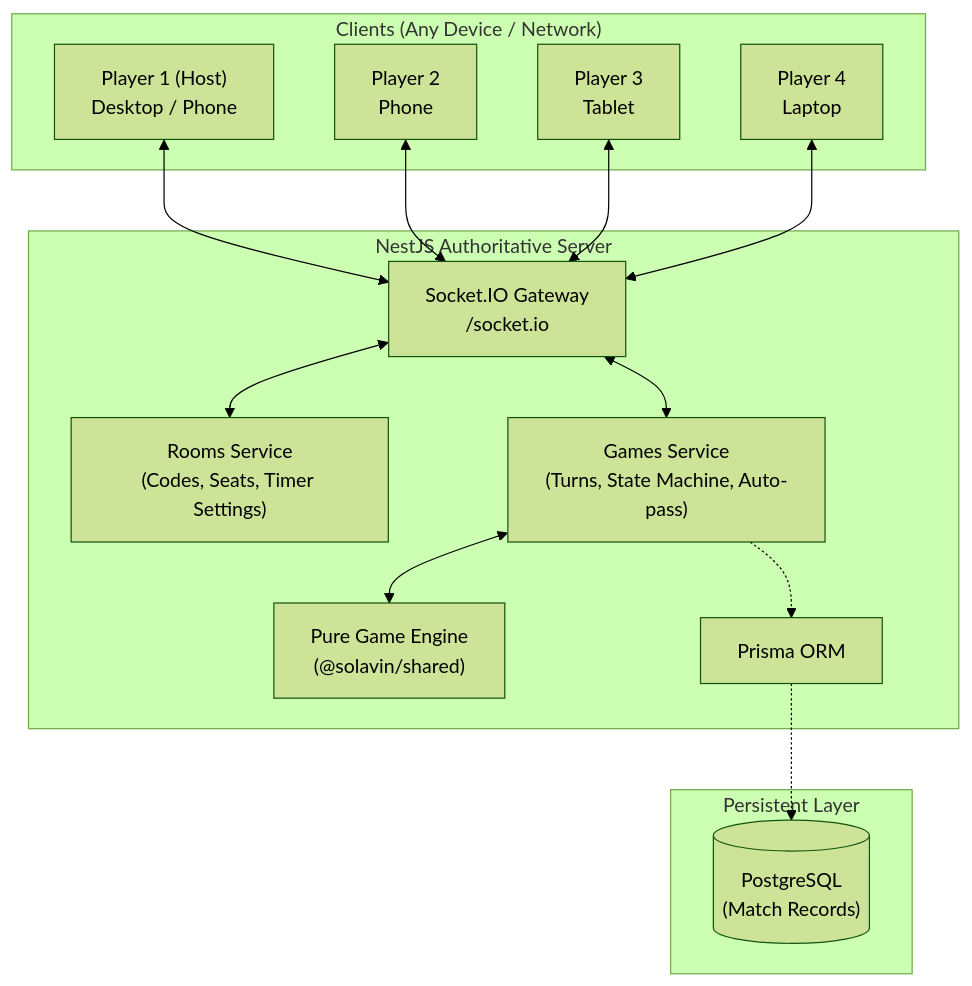
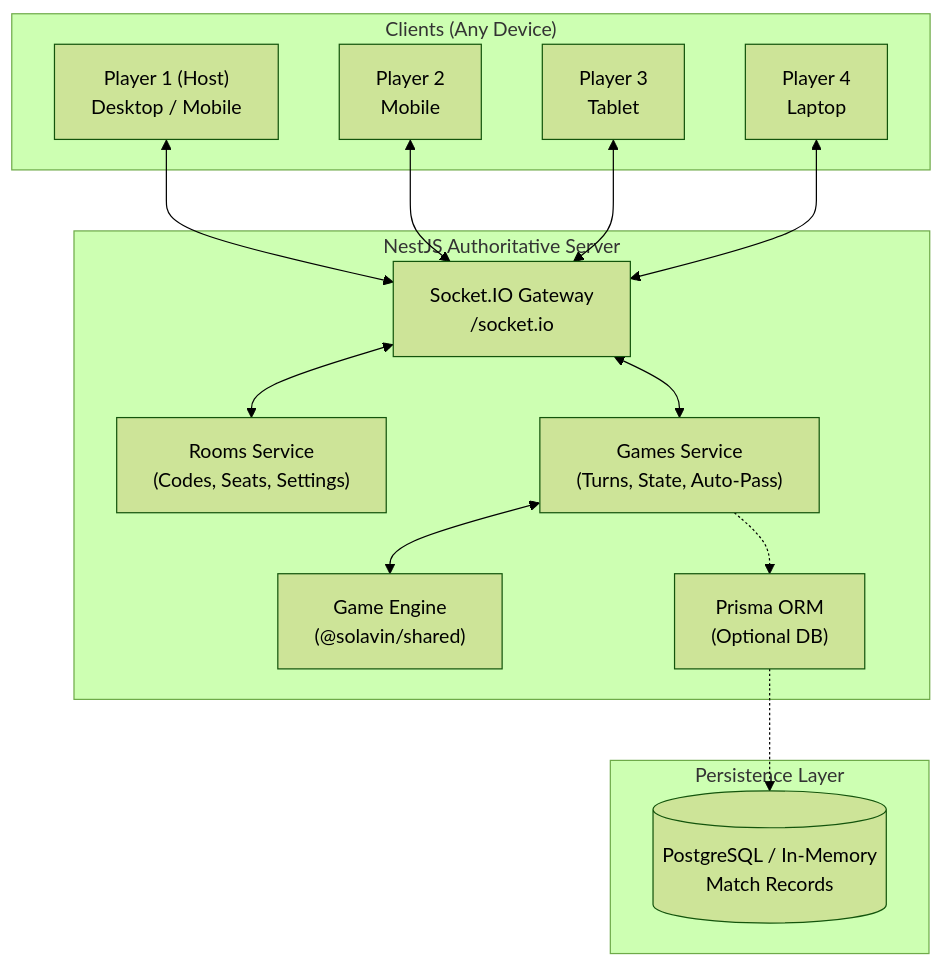
Before and after one commit to avnishahlawat/solavin: the second of 2 diagrams in README.md, drawn with Mermaid (forest theme). The commit also changed other lines of this file, not shown here.

Commit message:
docs: overhaul README with fixed Mermaid diagrams, Pro Mode rules, and theme guides

````diff
--- a/README.md
+++ b/README.md
@@ -61,32 +96,32 @@
 ```mermaid
-graph TB
-    subgraph Clients["Clients (Any Device / Network)"]
-        P1["Player 1 (Host)\nDesktop / Phone"]
-        P2["Player 2\nPhone"]
-        P3["Player 3\nTablet"]
-        P4["Player 4\nLaptop"]
+flowchart TD
+    subgraph Clients ["Clients (Any Device)"]
+        P1["Player 1 (Host)<br/>Desktop / Mobile"]
+        P2["Player 2<br/>Mobile"]
+        P3["Player 3<br/>Tablet"]
+        P4["Player 4<br/>Laptop"]
     end
 
-    subgraph Server["NestJS Authoritative Server"]
-        Gateway["Socket.IO Gateway\n/socket.io"]
-        RoomsSvc["Rooms Service\n(Codes, Seats, Timer Settings)"]
-        GamesSvc["Games Service\n(Turns, State Machine, Auto-pass)"]
-        Engine["Pure Game Engine\n(@solavin/shared)"]
-        Prisma["Prisma ORM"]
+    subgraph Server ["NestJS Authoritative Server"]
+        Gateway["Socket.IO Gateway<br/>/socket.io"]
+        RoomsSvc["Rooms Service<br/>(Codes, Seats, Settings)"]
+        GamesSvc["Games Service<br/>(Turns, State, Auto-Pass)"]
+        Engine["Game Engine<br/>(@solavin/shared)"]
+        Prisma["Prisma ORM<br/>(Optional DB)"]
     end
 
-    subgraph Storage["Persistent Layer"]
-        PG[("PostgreSQL\n(Match Records)")]
+    subgraph Storage ["Persistence Layer"]
+        PG[("PostgreSQL / In-Memory<br/>Match Records")]
     end
 
     P1 <--> Gateway
     P2 <--> Gateway
     P3 <--> Gateway
     P4 <--> Gateway
 
     Gateway <--> RoomsSvc
     Gateway <--> GamesSvc
     GamesSvc <--> Engine
     GamesSvc -.-> Prisma
     Prisma -.-> PG
 ```
````
